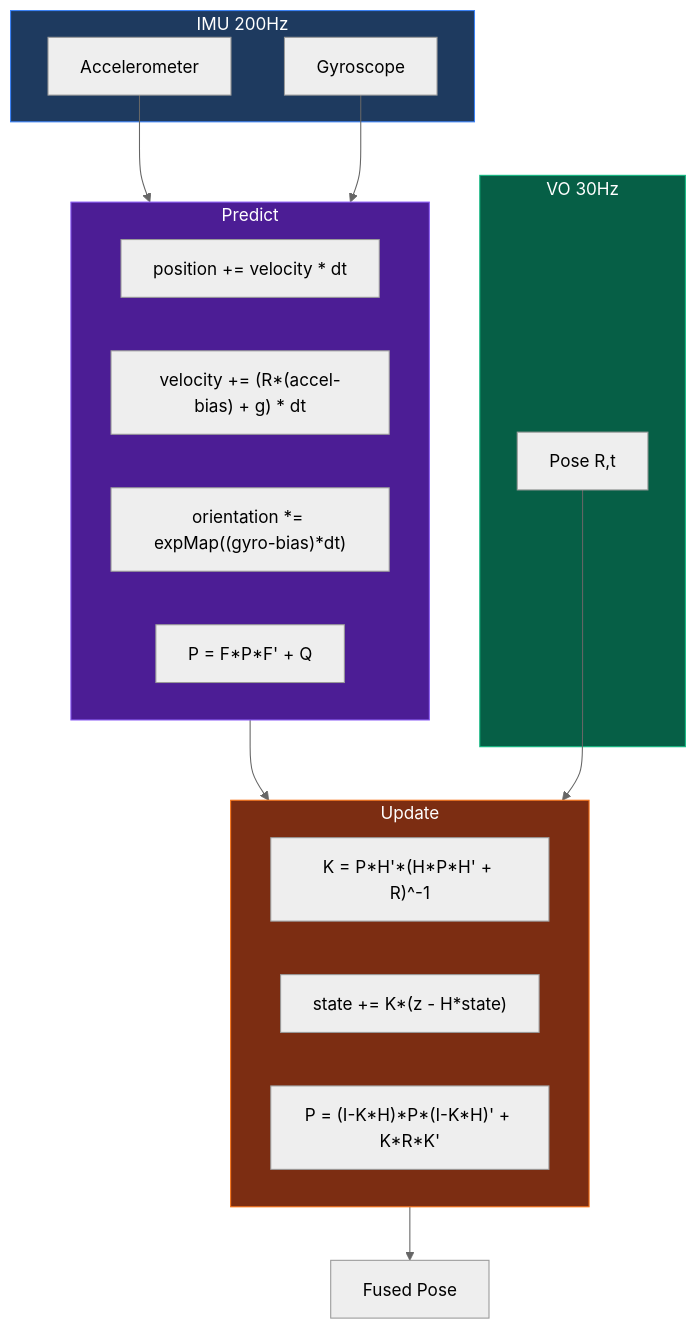
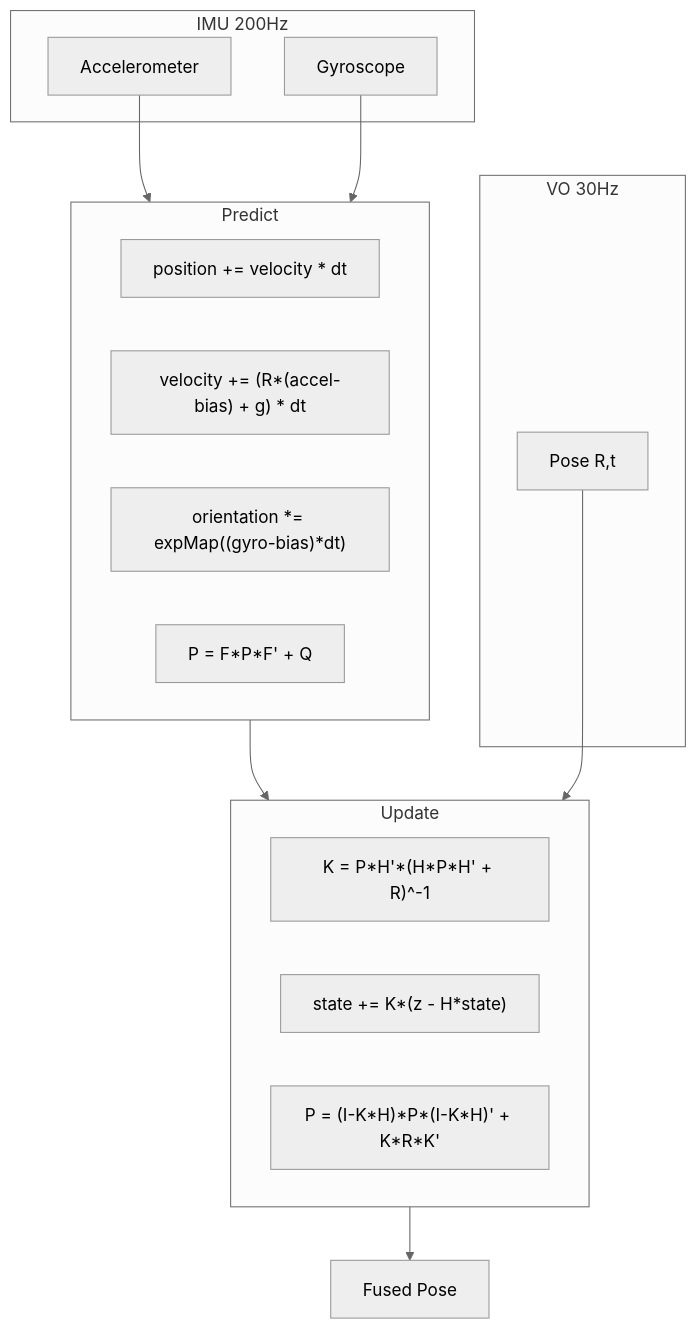
Before and after one commit to robertteleng/aria-slam: the seventh of 10 diagrams in README.md, drawn with Mermaid (neutral theme). The commit also changed other lines of this file, not shown here.

Commit message:
docs: add glossary section and fix Mermaid syntax

````diff
--- a/README.md
+++ b/README.md
@@ -394,35 +334,30 @@
 ```mermaid
 flowchart TD
-    subgraph IMU[IMU 200Hz]
+    subgraph IMU["IMU 200Hz"]
         ACC[Accelerometer]
         GYRO[Gyroscope]
     end
 
     subgraph Predict
         A["position += velocity * dt"]
         B["velocity += (R*(accel-bias) + g) * dt"]
         C["orientation *= expMap((gyro-bias)*dt)"]
         D["P = F*P*F' + Q"]
     end
 
-    subgraph VO[VO 30Hz]
+    subgraph VO["VO 30Hz"]
         POSE[Pose R,t]
     end
 
     subgraph Update
         E["K = P*H'*(H*P*H' + R)^-1"]
         F["state += K*(z - H*state)"]
         G["P = (I-K*H)*P*(I-K*H)' + K*R*K'"]
     end
 
     ACC --> Predict
     GYRO --> Predict
     Predict --> Update
     POSE --> Update
     Update --> OUTPUT[Fused Pose]
-
-    style IMU fill:#1e3a5f,stroke:#3b82f6,color:#fff
-    style Predict fill:#4c1d95,stroke:#8b5cf6,color:#fff
-    style VO fill:#065f46,stroke:#10b981,color:#fff
-    style Update fill:#7c2d12,stroke:#f97316,color:#fff
 ```
````
